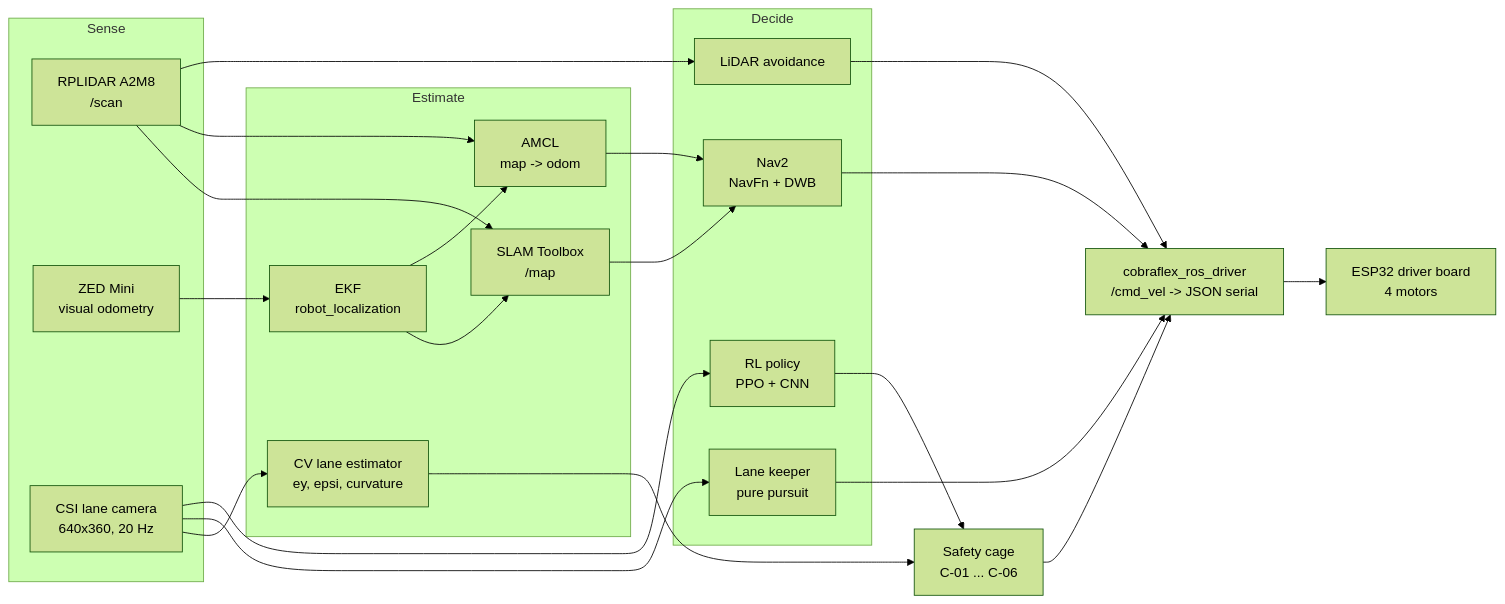
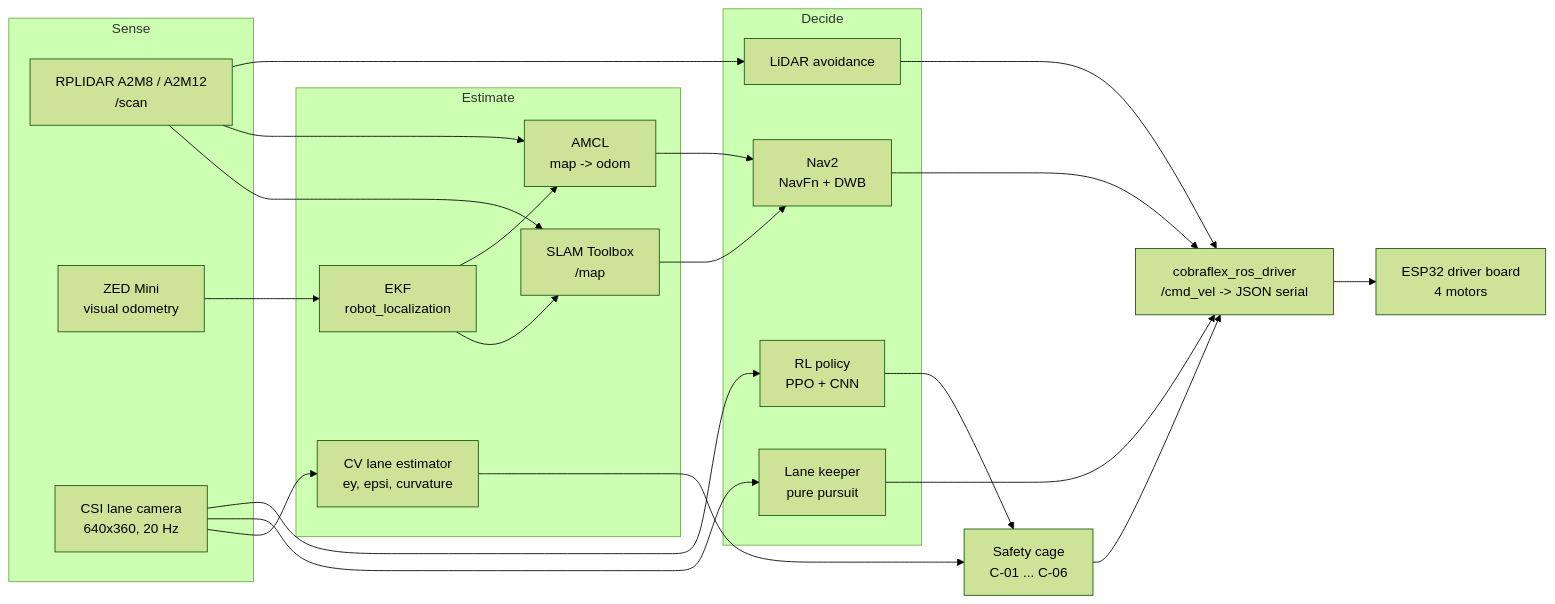
Before and after one commit to snchz46/Waveshare-Cobra-Flex-ROS2-Autonomous-Car: the diagram in docs/concepts/README.md, drawn with Mermaid (forest theme). The commit also changed 7 other files, not shown here.

````diff
--- a/docs/concepts/README.md
+++ b/docs/concepts/README.md
@@ -23,42 +23,42 @@
 ```mermaid
 flowchart LR
     subgraph Sense
-        L["RPLIDAR A2M8<br/>/scan"]
+        L["RPLIDAR A2M8 / A2M12<br/>/scan"]
         Z["ZED Mini<br/>visual odometry"]
         C["CSI lane camera<br/>640x360, 20 Hz"]
     end
     subgraph Estimate
         E["EKF<br/>robot_localization"]
         S["SLAM Toolbox<br/>/map"]
         A["AMCL<br/>map -> odom"]
         V["CV lane estimator<br/>ey, epsi, curvature"]
     end
     subgraph Decide
         N["Nav2<br/>NavFn + DWB"]
         K["Lane keeper<br/>pure pursuit"]
         R["RL policy<br/>PPO + CNN"]
         O["LiDAR avoidance"]
     end
     G["Safety cage<br/>C-01 ... C-06"]
     D["cobraflex_ros_driver<br/>/cmd_vel -> JSON serial"]
     M["ESP32 driver board<br/>4 motors"]
 
     L --> S
     L --> A
     L --> O
     Z --> E
     E --> S
     E --> A
     S --> N
     A --> N
     C --> V
     C --> K
     C --> R
     V --> G
     R --> G
     N --> D
     K --> D
     O --> D
     G --> D
     D --> M
 ```
````
